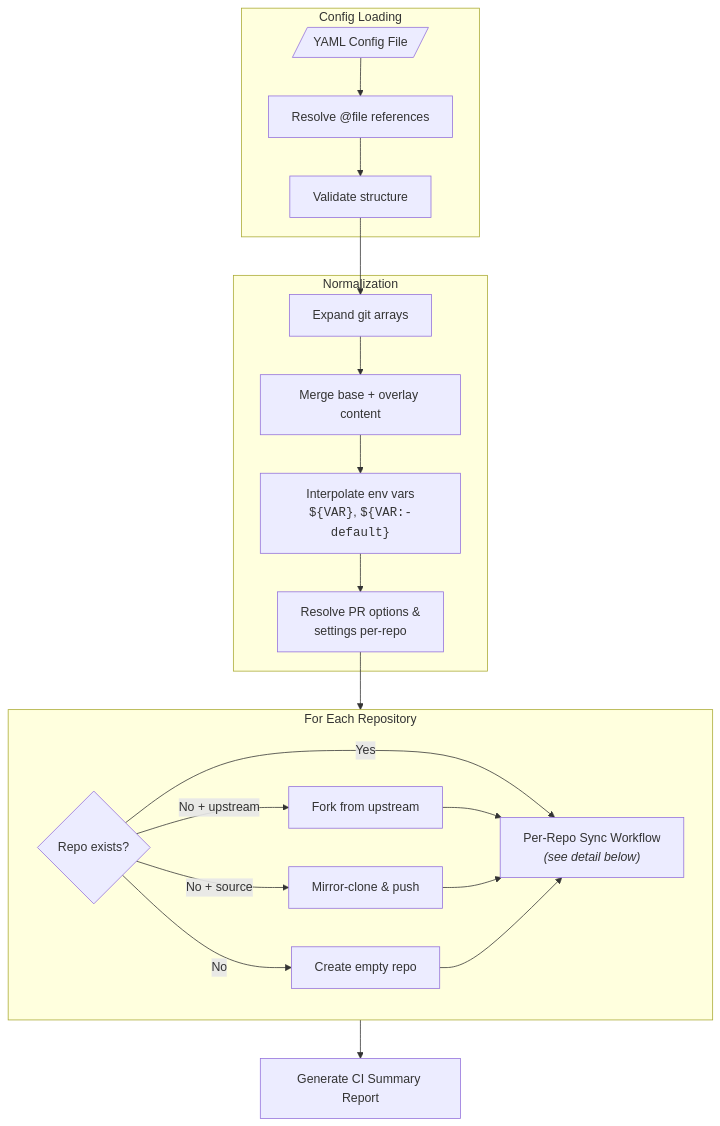
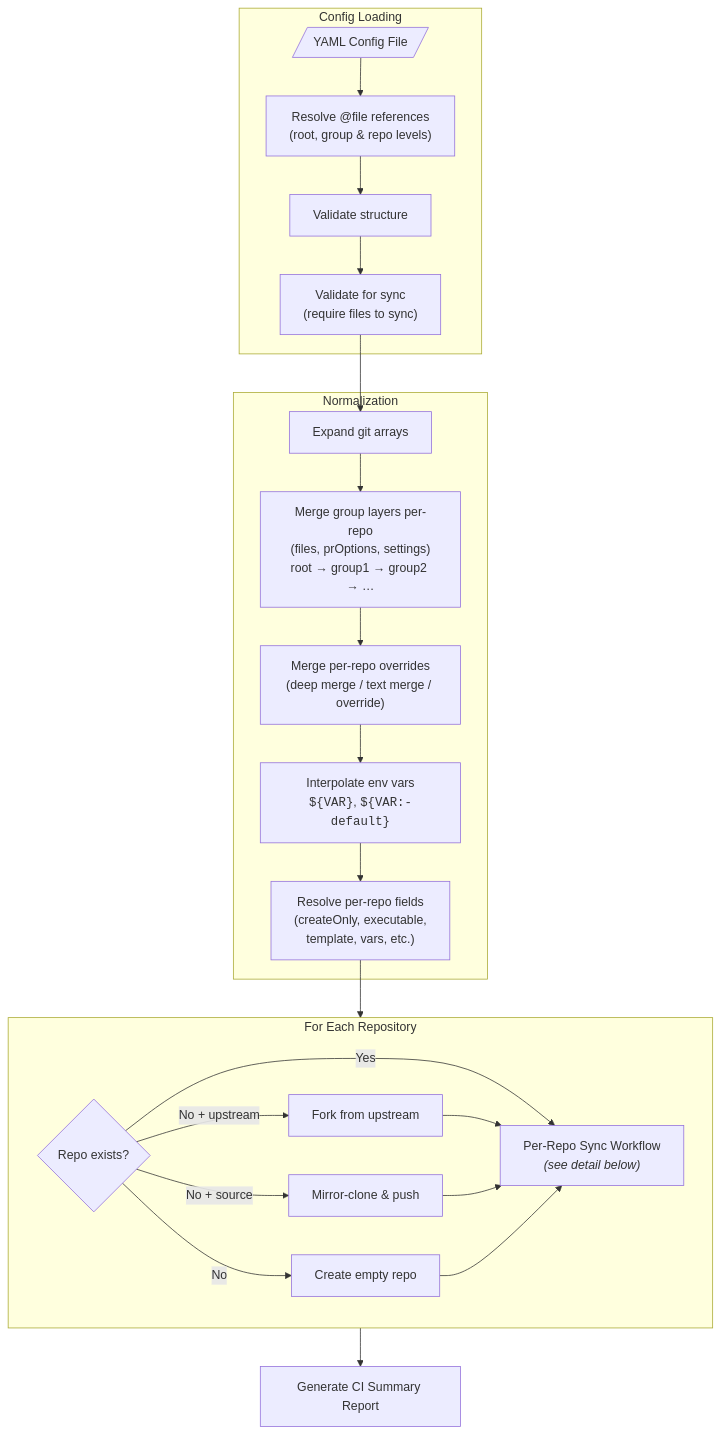
One commit to anthony-spruyt/xfg changed the first of 6 diagrams in docs/index.md. Above: the diagram before and after it, drawn with Mermaid. The commit also changed other lines of this file, not shown here.

First line of the commit message:
docs: update stale Mermaid architecture diagrams (#576)

````diff
--- a/docs/index.md
+++ b/docs/index.md
@@ -220,27 +220,29 @@
 ```mermaid
 flowchart TB
     subgraph Loading["Config Loading"]
-        YAML[/"YAML Config File"/] --> REFS["Resolve @file references"]
+        YAML[/"YAML Config File"/] --> REFS["Resolve @file references<br/>(root, group & repo levels)"]
         REFS --> VALIDATE["Validate structure"]
+        VALIDATE --> VALIDATE_CMD_S["Validate for sync<br/>(require files to sync)"]
     end
 
     subgraph Normalization
-        EXPAND["Expand git arrays"] --> MERGE["Merge base + overlay content"]
+        EXPAND["Expand git arrays"] --> GROUPS["Merge group layers per-repo<br/>(files, prOptions, settings)<br/>root → group1 → group2 → …"]
+        GROUPS --> MERGE["Merge per-repo overrides<br/>(deep merge / text merge / override)"]
         MERGE --> ENV["Interpolate env vars<br/><code>${VAR}</code>, <code>${VAR:-default}</code>"]
-        ENV --> OPTS["Resolve PR options &<br/>settings per-repo"]
+        ENV --> OPTS["Resolve per-repo fields<br/>(createOnly, executable,<br/>template, vars, etc.)"]
     end
 
     subgraph ForEach["For Each Repository"]
         LIFECYCLE{"Repo exists?"} -->|Yes| SYNC
         LIFECYCLE -->|"No + upstream"| FORK["Fork from upstream"] --> SYNC
         LIFECYCLE -->|"No + source"| MIGRATE["Mirror-clone & push"] --> SYNC
         LIFECYCLE -->|No| CREATE["Create empty repo"] --> SYNC
         SYNC["Per-Repo Sync Workflow<br/><i>(see detail below)</i>"]
     end
 
     SUMMARY["Generate CI Summary Report"]
 
-    VALIDATE --> EXPAND
+    VALIDATE_CMD_S --> EXPAND
     OPTS --> ForEach
     ForEach --> SUMMARY
 ```
````
